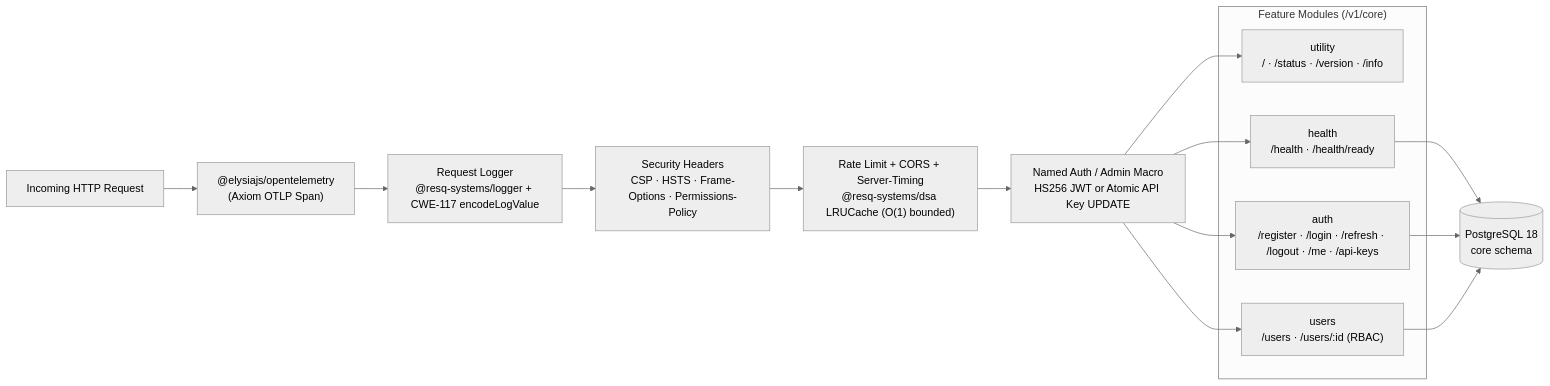
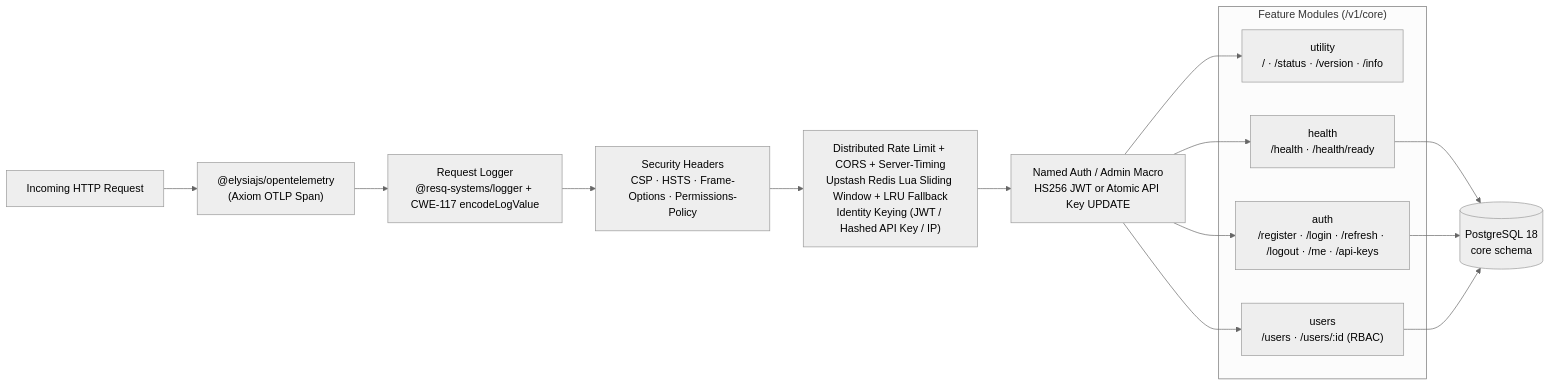
Before and after one commit to WomB0ComB0/api: the third of 6 diagrams in README.md, drawn with Mermaid (neutral theme). The commit also changed other lines of this file, not shown here.

Commit message:
docs(readme): document distributed rate limiting, zizmor hardening & SemVer releases

````diff
--- a/README.md
+++ b/README.md
@@ -124,27 +128,27 @@
 ```mermaid
 flowchart LR
     Req["Incoming HTTP Request"]
     OTel["@elysiajs/opentelemetry\n(Axiom OTLP Span)"]
     Log["Request Logger\n@resq-systems/logger + CWE-117 encodeLogValue"]
     Sec["Security Headers\nCSP · HSTS · Frame-Options · Permissions-Policy"]
-    RL["Rate Limit + CORS + Server-Timing\n@resq-systems/dsa LRUCache (O(1) bounded)"]
+    RL["Distributed Rate Limit + CORS + Server-Timing\nUpstash Redis Lua Sliding Window + LRU Fallback\nIdentity Keying (JWT / Hashed API Key / IP)"]
     Macro["Named Auth / Admin Macro\nHS256 JWT or Atomic API Key UPDATE"]
 
     subgraph Modules["Feature Modules (/v1/core)"]
         Util["utility\n/ · /status · /version · /info"]
         Hlth["health\n/health · /health/ready"]
         Auth["auth\n/register · /login · /refresh · /logout · /me · /api-keys"]
         Users["users\n/users · /users/:id (RBAC)"]
     end
 
     DB[("PostgreSQL 18\ncore schema")]
 
     Req --> OTel --> Log --> Sec --> RL --> Macro
     Macro --> Util
     Macro --> Hlth
     Macro --> Auth
     Macro --> Users
     Hlth --> DB
     Auth --> DB
     Users --> DB
 ```
````
